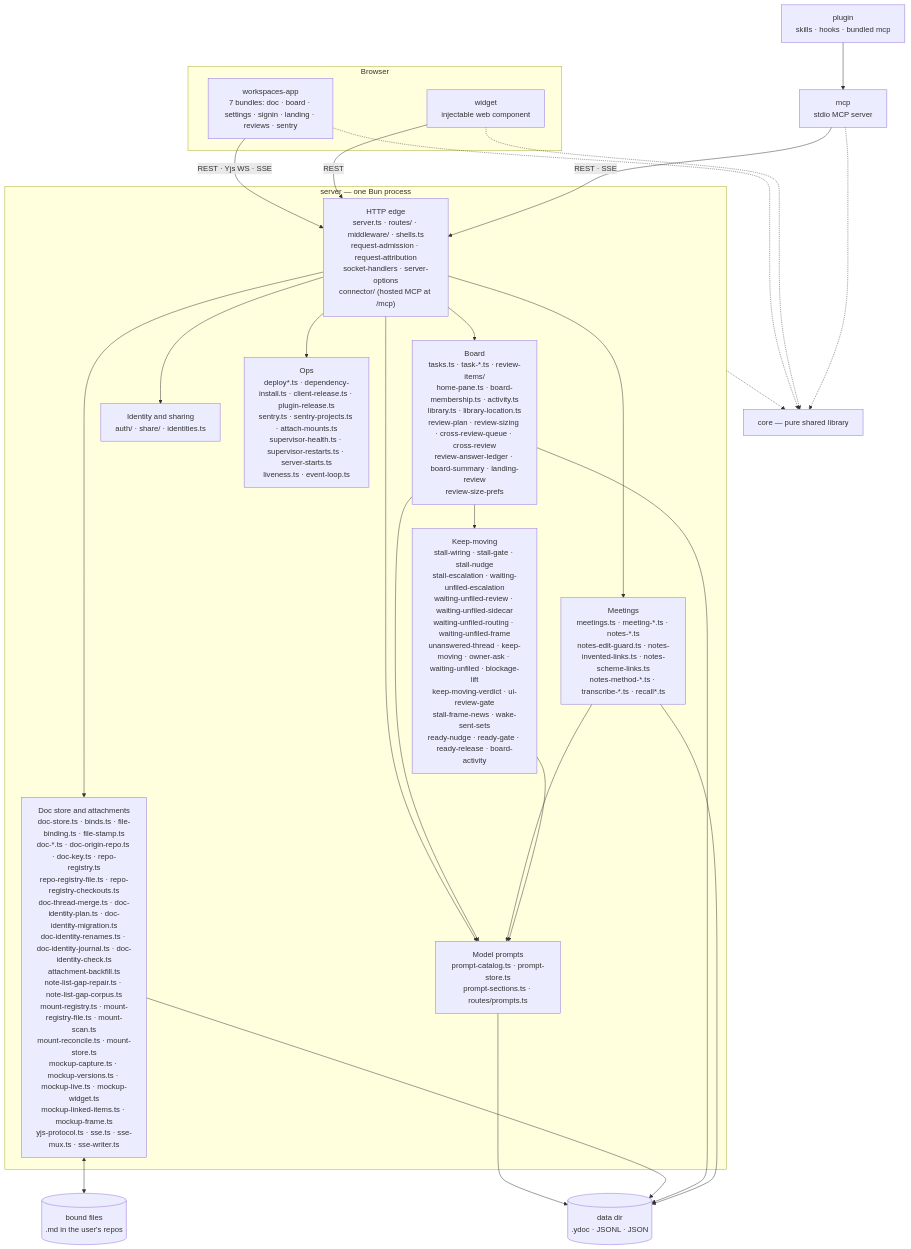
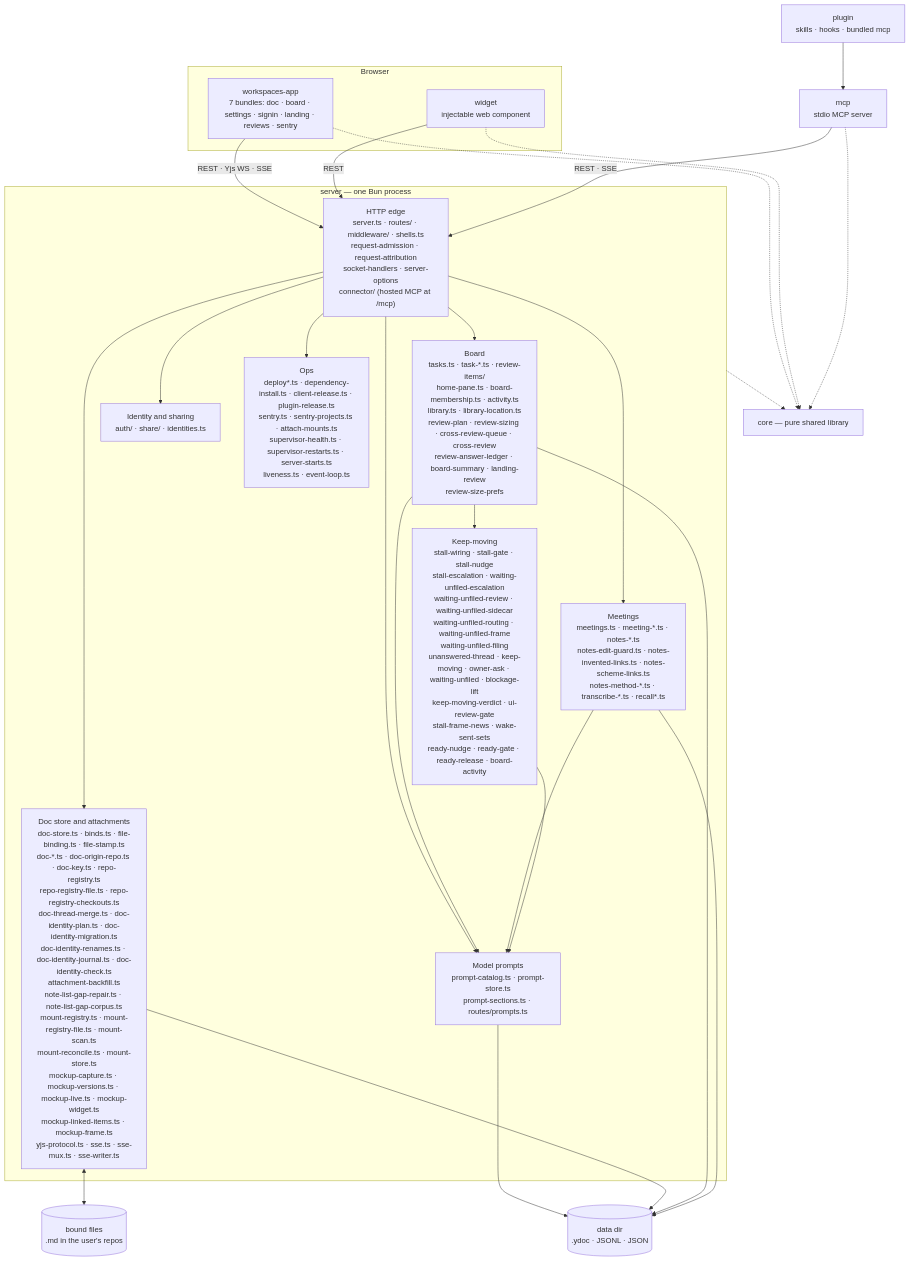
The first of 2 diagrams in docs/architecture/overview.md (fryanpan/claude-workspaces-plugin), drawn with Mermaid before and after one commit. The commit also changed other lines of this file and 10 other files, not shown here.

First line of the commit message:
The legacy sidecar has a case, the per-board filing has a file, and three comments say what the code does

````diff
--- a/docs/architecture/overview.md
+++ b/docs/architecture/overview.md
@@ -45,35 +45,35 @@
 ```mermaid
 flowchart TB
   subgraph browser[Browser]
     app["workspaces-app<br/>7 bundles: doc · board · settings · signin · landing · reviews · sentry"]
     wid["widget<br/>injectable web component"]
   end
   plug["plugin<br/>skills · hooks · bundled mcp"]
   mcp["mcp<br/>stdio MCP server"]
   subgraph srv["server — one Bun process"]
     edge["HTTP edge<br/>server.ts · routes/ · middleware/ · shells.ts<br/>request-admission · request-attribution<br/>socket-handlers · server-options<br/>connector/ (hosted MCP at /mcp)"]
     docs["Doc store and attachments<br/>doc-store.ts · binds.ts · file-binding.ts · file-stamp.ts<br/>doc-*.ts · doc-origin-repo.ts · doc-key.ts · repo-registry.ts<br/>repo-registry-file.ts · repo-registry-checkouts.ts<br/>doc-thread-merge.ts · doc-identity-plan.ts · doc-identity-migration.ts<br/>doc-identity-renames.ts · doc-identity-journal.ts · doc-identity-check.ts<br/>attachment-backfill.ts<br/>note-list-gap-repair.ts · note-list-gap-corpus.ts<br/>mount-registry.ts · mount-registry-file.ts · mount-scan.ts<br/>mount-reconcile.ts · mount-store.ts<br/>mockup-capture.ts · mockup-versions.ts · mockup-live.ts · mockup-widget.ts<br/>mockup-linked-items.ts · mockup-frame.ts<br/>yjs-protocol.ts · sse.ts · sse-mux.ts · sse-writer.ts"]
     board["Board<br/>tasks.ts · task-*.ts · review-items/<br/>home-pane.ts · board-membership.ts · activity.ts<br/>library.ts · library-location.ts<br/>review-plan · review-sizing · cross-review-queue · cross-review<br/>review-answer-ledger · board-summary · landing-review<br/>review-size-prefs"]
     meet["Meetings<br/>meetings.ts · meeting-*.ts · notes-*.ts<br/>notes-edit-guard.ts · notes-invented-links.ts · notes-scheme-links.ts<br/>notes-method-*.ts · transcribe-*.ts · recall*.ts"]
-    keep["Keep-moving<br/>stall-wiring · stall-gate · stall-nudge<br/>stall-escalation · waiting-unfiled-escalation<br/>waiting-unfiled-review · waiting-unfiled-sidecar<br/>waiting-unfiled-routing · waiting-unfiled-frame<br/>unanswered-thread · keep-moving · owner-ask · waiting-unfiled · blockage-lift<br/>keep-moving-verdict · ui-review-gate<br/>stall-frame-news · wake-sent-sets<br/>ready-nudge · ready-gate · ready-release · board-activity"]
+    keep["Keep-moving<br/>stall-wiring · stall-gate · stall-nudge<br/>stall-escalation · waiting-unfiled-escalation<br/>waiting-unfiled-review · waiting-unfiled-sidecar<br/>waiting-unfiled-routing · waiting-unfiled-frame<br/>waiting-unfiled-filing<br/>unanswered-thread · keep-moving · owner-ask · waiting-unfiled · blockage-lift<br/>keep-moving-verdict · ui-review-gate<br/>stall-frame-news · wake-sent-sets<br/>ready-nudge · ready-gate · ready-release · board-activity"]
     ident["Identity and sharing<br/>auth/ · share/ · identities.ts"]
     prompts["Model prompts<br/>prompt-catalog.ts · prompt-store.ts<br/>prompt-sections.ts · routes/prompts.ts"]
     ops["Ops<br/>deploy*.ts · dependency-install.ts · client-release.ts · plugin-release.ts<br/>sentry.ts · sentry-projects.ts · attach-mounts.ts<br/>supervisor-health.ts · supervisor-restarts.ts · server-starts.ts<br/>liveness.ts · event-loop.ts"]
   end
   core["core — pure shared library"]
   disk[("data dir<br/>.ydoc · JSONL · JSON")]
   files[("bound files<br/>.md in the user's repos")]
 
   app -->|"REST · Yjs WS · SSE"| edge
   wid -->|REST| edge
   plug --> mcp
   mcp -->|"REST · SSE"| edge
   edge --> docs & board & meet & ident & ops & prompts
   board & meet & keep --> prompts
   prompts --> disk
   board --> keep
   docs <--> files
   docs & board & meet --> disk
   app & wid & mcp -.-> core
   srv -.-> core
 ```
````
